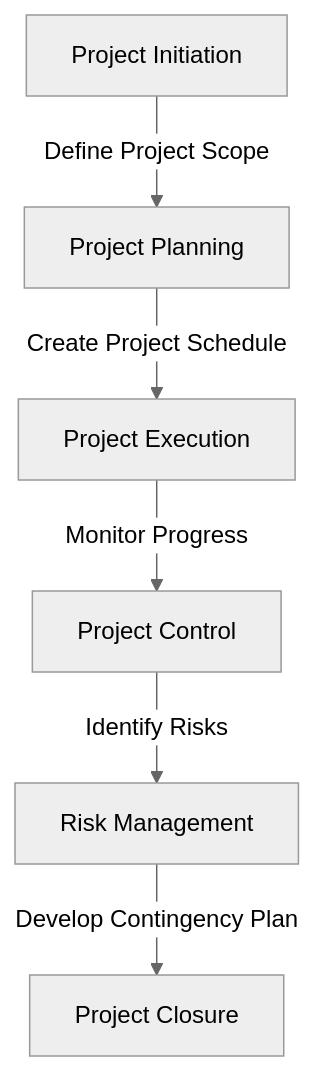
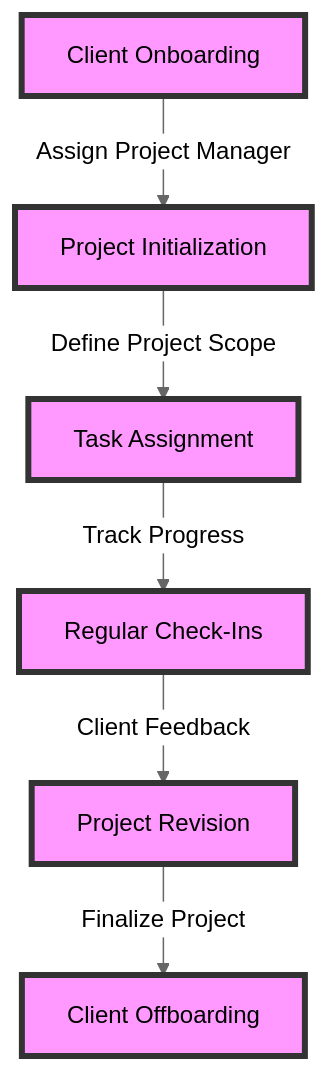
Before and after one commit to baaghinitesh/dailly-notes: the diagram in docs/blogs/The_100k_Freelancer_Blueprint_Moving_from_Upwork_to_Direct_C_Part_2.md, drawn with Mermaid (neutral theme). The commit also changed other lines of this file and 5 other files, not shown here.

````diff
--- a/docs/blogs/The_100k_Freelancer_Blueprint_Moving_from_Upwork_to_Direct_C_Part_2.md
+++ b/docs/blogs/The_100k_Freelancer_Blueprint_Moving_from_Upwork_to_Direct_C_Part_2.md
@@ -25,8 +21,14 @@
 ```mermaid
 flowchart TD
-    A[Project Initiation] -->|Define Project Scope| B[Project Planning]
-    B -->|Create Project Schedule| C[Project Execution]
-    C -->|Monitor Progress| D[Project Control]
-    D -->|Identify Risks| E[Risk Management]
-    E -->|Develop Contingency Plan| F[Project Closure]
+    A[Client Onboarding] -->|Assign Project Manager| B[Project Initialization]
+    B -->|Define Project Scope| C[Task Assignment]
+    C -->|Track Progress| D["Regular Check-Ins"]
+    D -->|Client Feedback| E[Project Revision]
+    E -->|Finalize Project| F[Client Offboarding]
+    style A fill:#f9f,stroke:#333,stroke-width:4px
+    style B fill:#f9f,stroke:#333,stroke-width:4px
+    style C fill:#f9f,stroke:#333,stroke-width:4px
+    style D fill:#f9f,stroke:#333,stroke-width:4px
+    style E fill:#f9f,stroke:#333,stroke-width:4px
+    style F fill:#f9f,stroke:#333,stroke-width:4px
 ```
````
